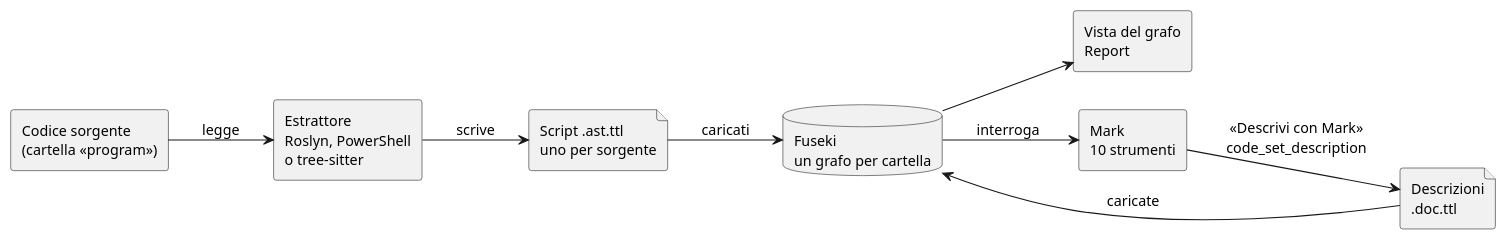
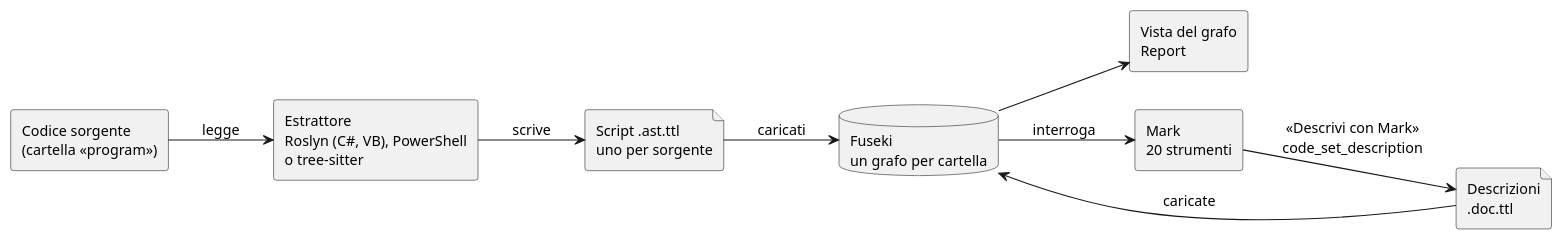
The diagram in grafo-del-codice/guida/come-funziona.md (salaroglio/mdexplorer-demo), drawn with PlantUML before and after one commit. The commit also changed other lines of this file and 16 other files, not shown here.

````diff
--- a/grafo-del-codice/guida/come-funziona.md
+++ b/grafo-del-codice/guida/come-funziona.md
@@ -20,23 +20,23 @@
 ```plantuml
 @startuml
 skinparam shadowing false
 skinparam defaultFontSize 13
 left to right direction
 
 rectangle "Codice sorgente\n(cartella «program»)" as src
-rectangle "Estrattore\nRoslyn, PowerShell\no tree-sitter" as ext
+rectangle "Estrattore\nRoslyn (C#, VB), PowerShell\no tree-sitter" as ext
 file "Script .ast.ttl\nuno per sorgente" as scripts
 database "Fuseki\nun grafo per cartella" as db
 rectangle "Vista del grafo\nReport" as view
-rectangle "Mark\n10 strumenti" as mark
+rectangle "Mark\n20 strumenti" as mark
 file "Descrizioni\n.doc.ttl" as doc
 
 src --> ext : legge
 ext --> scripts : scrive
 scripts --> db : caricati
 db --> view
 db --> mark : interroga
 mark --> doc : «Descrivi con Mark»\ncode_set_description
 doc --> db : caricate
 @enduml
 ```
````
